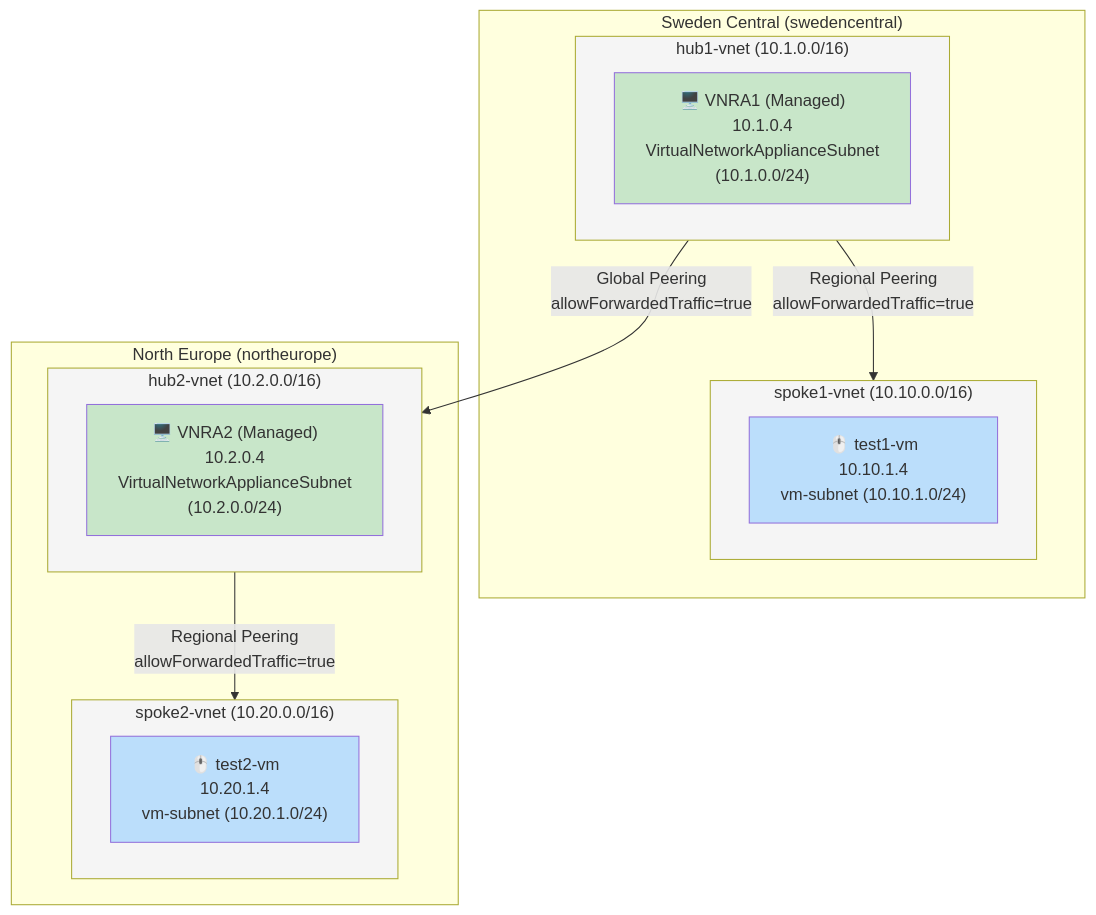
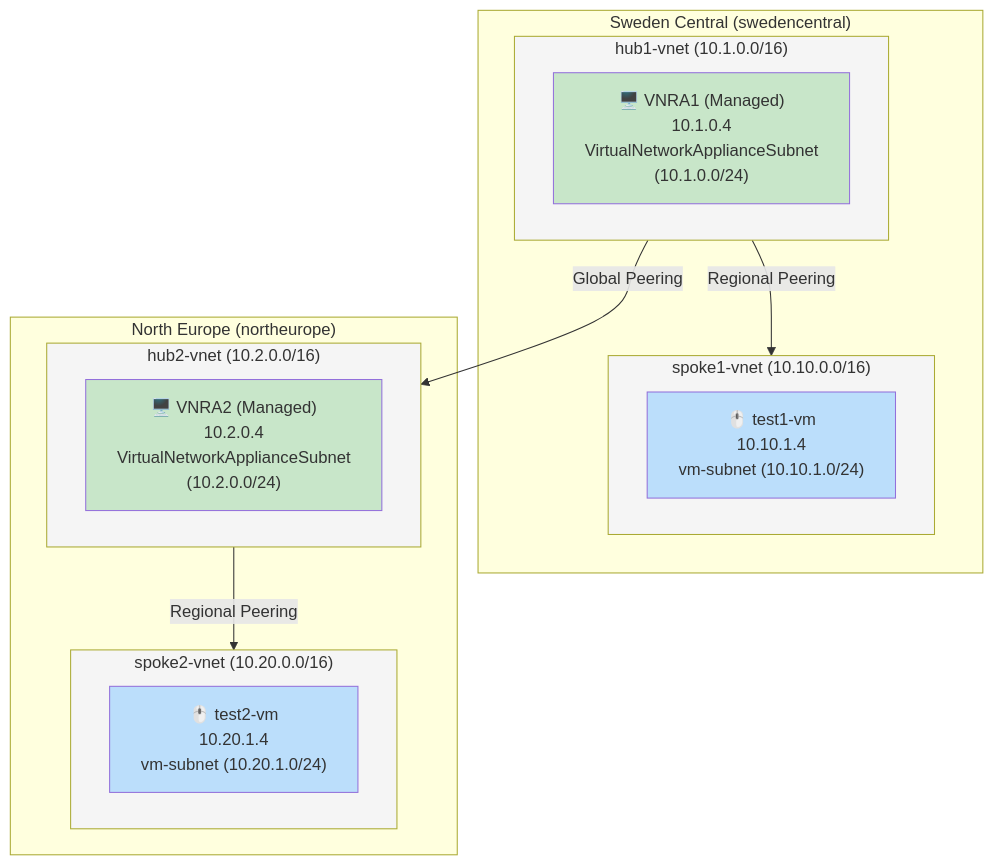
One commit to erjosito/azure-networking-blog changed the first of 5 diagrams in dual-hub-vnra-udr-transit/README.md. Above: the diagram before and after it, drawn with Mermaid. The commit also changed other lines of this file and 1 other file, not shown here.

First line of the commit message:
reframe(dual-hub-vnra-udr-transit): design+observability lead; peering as closing field note (#7)

````diff
--- a/dual-hub-vnra-udr-transit/README.md
+++ b/dual-hub-vnra-udr-transit/README.md
@@ -32,33 +28,33 @@
 ```mermaid
 graph TB
     subgraph Sweden["Sweden Central (swedencentral)"]
         subgraph H1["hub1-vnet (10.1.0.0/16)"]
             VNRA1["🖥️ VNRA1 (Managed)<br/>10.1.0.4<br/>VirtualNetworkApplianceSubnet<br/>(10.1.0.0/24)"]
         end
         subgraph S1["spoke1-vnet (10.10.0.0/16)"]
             TEST1["🖱️ test1-vm<br/>10.10.1.4<br/>vm-subnet (10.10.1.0/24)"]
         end
-        H1 -->|Regional Peering<br/>allowForwardedTraffic=true| S1
+        H1 -->|Regional Peering| S1
     end
 
     subgraph NorthEU["North Europe (northeurope)"]
         subgraph H2["hub2-vnet (10.2.0.0/16)"]
             VNRA2["🖥️ VNRA2 (Managed)<br/>10.2.0.4<br/>VirtualNetworkApplianceSubnet<br/>(10.2.0.0/24)"]
         end
         subgraph S2["spoke2-vnet (10.20.0.0/16)"]
             TEST2["🖱️ test2-vm<br/>10.20.1.4<br/>vm-subnet (10.20.1.0/24)"]
         end
-        H2 -->|Regional Peering<br/>allowForwardedTraffic=true| S2
+        H2 -->|Regional Peering| S2
     end
 
-    H1 -->|Global Peering<br/>allowForwardedTraffic=true| H2
+    H1 -->|Global Peering| H2
 
     style VNRA1 fill:#c8e6c9
     style VNRA2 fill:#c8e6c9
     style TEST1 fill:#bbdefb
     style TEST2 fill:#bbdefb
     style H1 fill:#f5f5f5
     style H2 fill:#f5f5f5
     style S1 fill:#f5f5f5
     style S2 fill:#f5f5f5
 ```
````
